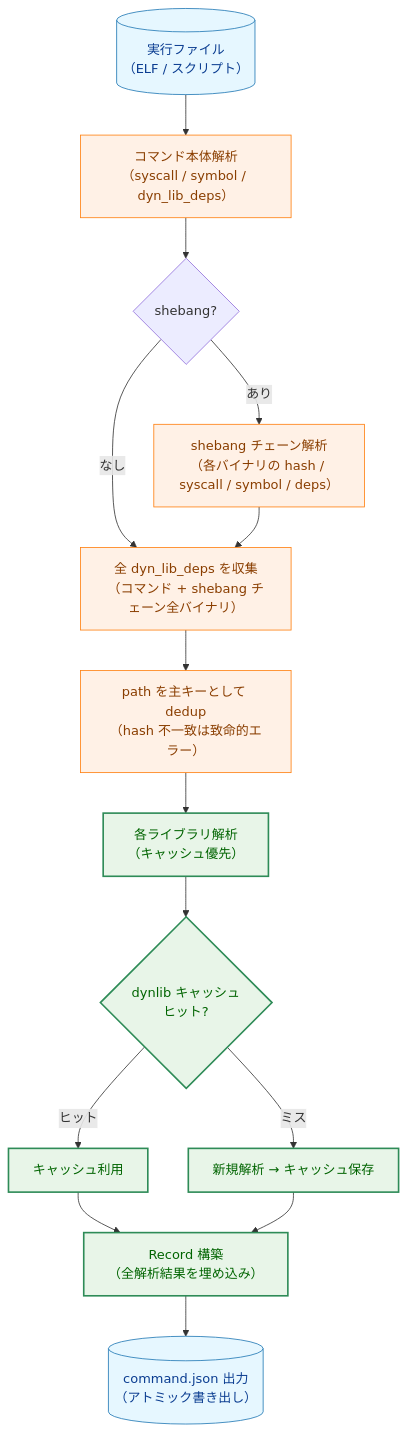
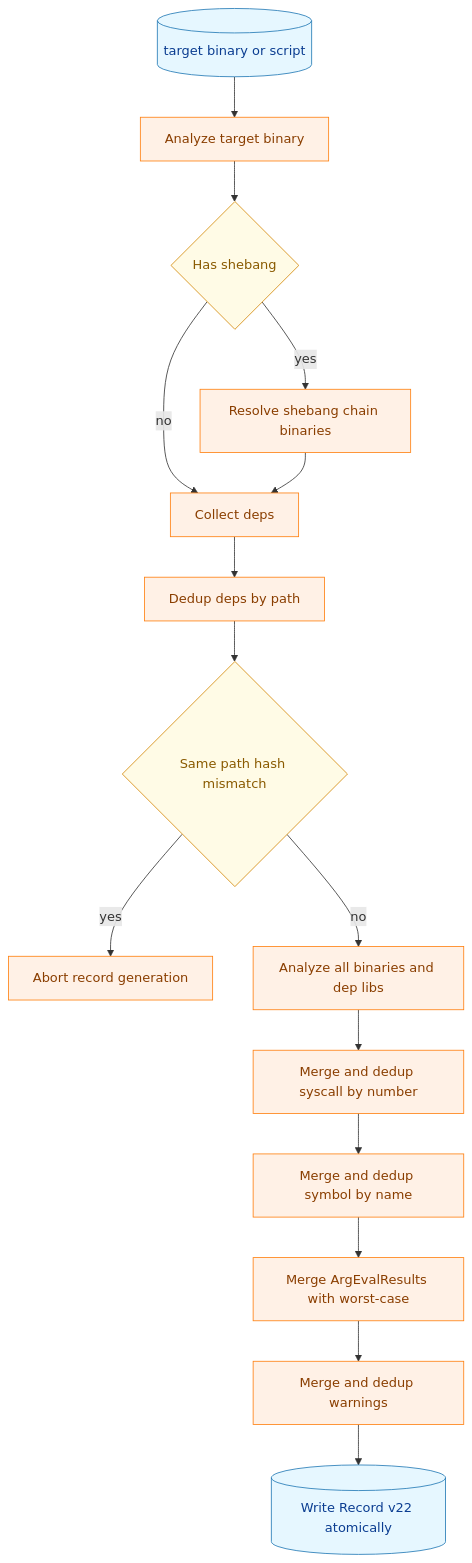
One commit to isseis/go-safe-cmd-runner changed the third of 5 diagrams in docs/tasks/0129_self_contained_record/02_architecture.md. Above: the diagram before and after it, drawn with Mermaid. The commit also changed other lines of this file and 3 other files, not shown here.

First line of the commit message:
Rewrite self-contained record docs for schema v22

````diff
--- a/docs/tasks/0129_self_contained_record/02_architecture.md
+++ b/docs/tasks/0129_self_contained_record/02_architecture.md
@@ -109,29 +103,25 @@
 ```mermaid
 flowchart TD
     classDef data fill:#e6f7ff,stroke:#1f77b4,stroke-width:1px,color:#0b3d91;
-    classDef process fill:#fff1e6,stroke:#ff7f0e,stroke-width:1px,color:#8a3e00;
-    classDef enhanced fill:#e8f5e8,stroke:#2e8b57,stroke-width:2px,color:#006400;
+    classDef proc fill:#fff1e6,stroke:#ff7f0e,stroke-width:1px,color:#8a3e00;
+    classDef gate fill:#fffbe6,stroke:#d48806,stroke-width:1px,color:#8a5a00;
 
-    CMD_FILE[("実行ファイル\n（ELF / スクリプト）")]
-    CMD_FILE --> ANALYZE["コマンド本体解析\n（syscall / symbol / dyn_lib_deps）"]
-    ANALYZE --> SHEBANG{"shebang?"}
+    TGT[(target binary or script)] --> A1[Analyze target binary]
+    A1 --> S1{Has shebang}
+    S1 -->|yes| A2[Resolve shebang chain binaries]
+    S1 -->|no| C1[Collect deps]
+    A2 --> C1
+    C1 --> D1[Dedup deps by path]
+    D1 --> G1{Same path hash mismatch}
+    G1 -->|yes| E1[Abort record generation]
+    G1 -->|no| A3[Analyze all binaries and dep libs]
+    A3 --> M1[Merge and dedup syscall by number]
+    M1 --> M2[Merge and dedup symbol by name]
+    M2 --> M3[Merge ArgEvalResults with worst-case]
+    M3 --> W1[Merge and dedup warnings]
+    W1 --> O1[(Write Record v22 atomically)]
 
-    SHEBANG -->|"あり"| CHAIN["shebang チェーン解析\n（各バイナリの hash / syscall / symbol / deps）"]
-    SHEBANG -->|"なし"| COLLECT
-
-    CHAIN --> COLLECT["全 dyn_lib_deps を収集\n（コマンド + shebang チェーン全バイナリ）"]
-    COLLECT --> DEDUP["path を主キーとして dedup\n（hash 不一致は致命的エラー）"]
-
-    DEDUP --> ANALYZE_DEP["各ライブラリ解析\n（キャッシュ優先）"]
-    ANALYZE_DEP --> CACHE_CHK{"dynlib キャッシュ\nヒット?"}
-    CACHE_CHK -->|"ヒット"| USE_CACHE["キャッシュ利用"]
-    CACHE_CHK -->|"ミス"| FRESH["新規解析 → キャッシュ保存"]
-
-    USE_CACHE --> BUILD
-    FRESH --> BUILD["Record 構築\n（全解析結果を埋め込み）"]
-    BUILD --> WRITE[("command.json 出力\n（アトミック書き出し）")]
-
-    class CMD_FILE,WRITE data;
-    class ANALYZE,CHAIN,COLLECT,DEDUP process;
-    class ANALYZE_DEP,CACHE_CHK,USE_CACHE,FRESH,BUILD enhanced;
+    class TGT,O1 data;
+    class A1,A2,C1,D1,A3,M1,M2,M3,W1,E1 proc;
+    class S1,G1 gate;
 ```
````
